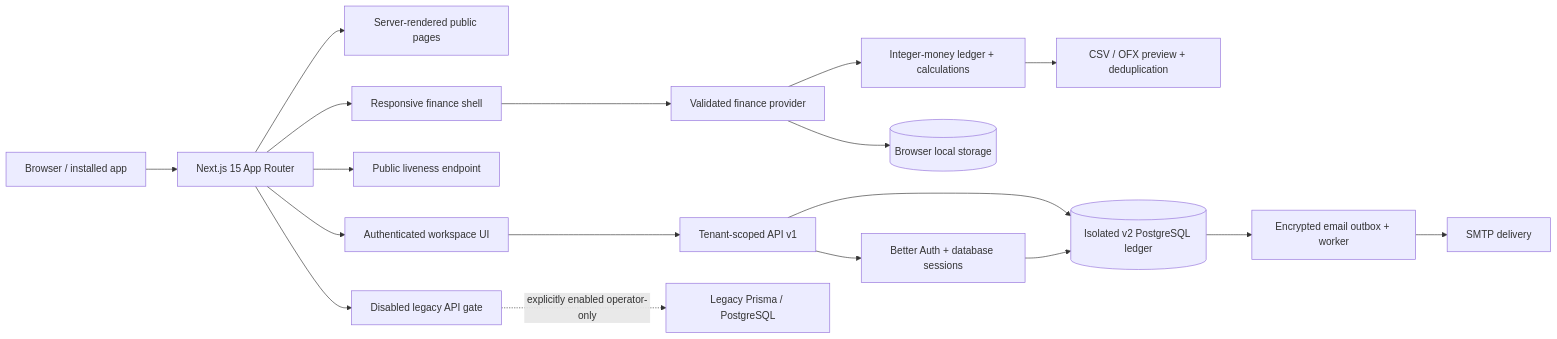
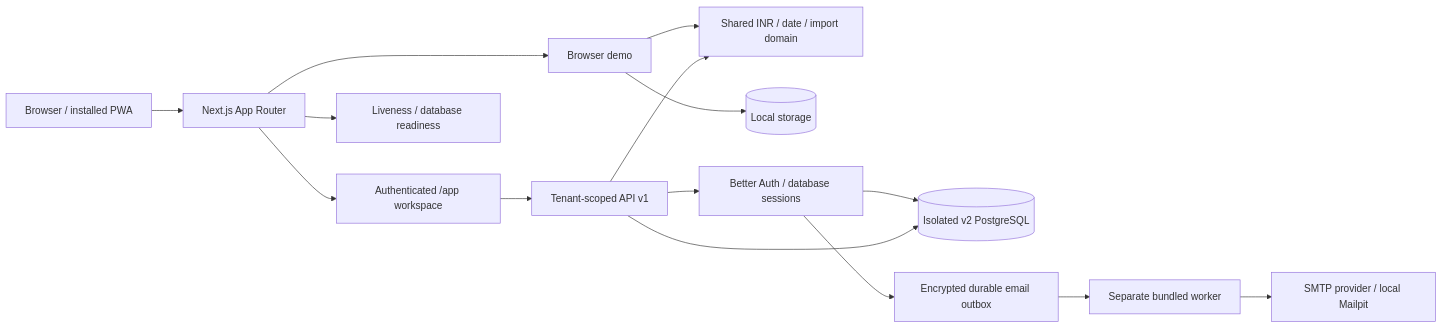
The diagram in README.md (Thippeswamykr1204/FinSight), drawn with Mermaid before and after one commit. The commit also changed other lines of this file and 10 other files, not shown here.

````diff
--- a/README.md
+++ b/README.md
@@ -41,20 +126,17 @@
 ```mermaid
 flowchart LR
-  Browser[Browser / installed app] --> Next[Next.js 15 App Router]
-  Next --> Marketing[Server-rendered public pages]
-  Next --> Shell[Responsive finance shell]
-  Shell --> Provider[Validated finance provider]
-  Provider --> Domain[Integer-money ledger + calculations]
-  Provider --> Local[(Browser local storage)]
-  Domain --> Import[CSV / OFX preview + deduplication]
-  Next --> Health[Public liveness endpoint]
-  Next --> Hosted[Authenticated workspace UI]
+  Browser[Browser / installed PWA] --> Next[Next.js App Router]
+  Next --> Demo[Browser demo]
+  Demo --> Domain[Shared INR / date / import domain]
+  Demo --> Local[(Local storage)]
+  Next --> Hosted[Authenticated /app workspace]
   Hosted --> API[Tenant-scoped API v1]
-  API --> Identity[Better Auth + database sessions]
-  API --> Postgres[(Isolated v2 PostgreSQL ledger)]
-  Identity --> Postgres
-  Postgres --> Outbox[Encrypted email outbox + worker]
-  Outbox --> SMTP[SMTP delivery]
-  Next --> Gate[Disabled legacy API gate]
-  Gate -. explicitly enabled operator-only .-> Prisma[Legacy Prisma / PostgreSQL]
+  API --> Auth[Better Auth / database sessions]
+  Auth --> DB[(Isolated v2 PostgreSQL)]
+  API --> DB
+  API --> Domain
+  Auth --> Queue[Encrypted durable email outbox]
+  Queue --> Worker[Separate bundled worker]
+  Worker --> SMTP[SMTP provider / local Mailpit]
+  Next --> Health[Liveness / database readiness]
 ```
````
